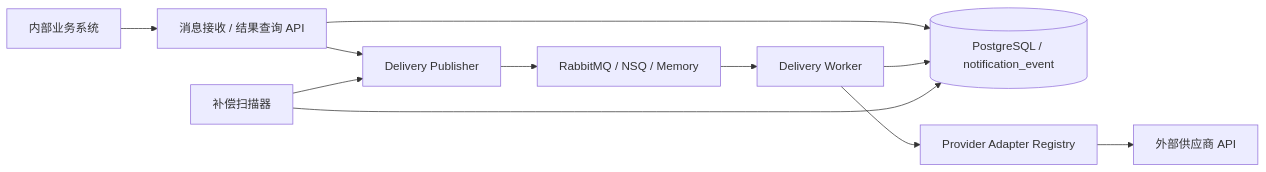
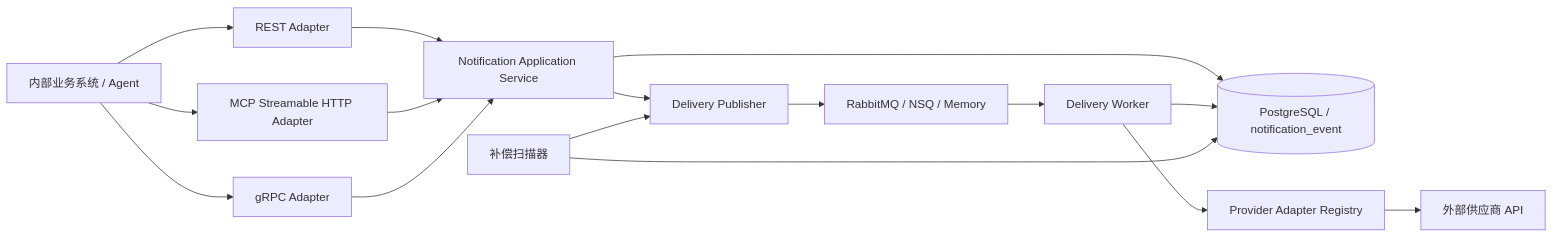
One commit to wxytjustb/rc_rokywang changed the diagram in 设计说明.md. Above: the diagram before and after it, drawn with Mermaid. The commit also changed other lines of this file and 46 other files, not shown here.

````diff
--- a/设计说明.md
+++ b/设计说明.md
@@ -5,13 +5,18 @@
 ```mermaid
 flowchart LR
-    Client["内部业务系统"] --> API["消息接收 / 结果查询 API"]
-    API --> DB[("PostgreSQL / notification_event")]
-    API --> Publisher["Delivery Publisher"]
+    Client["内部业务系统 / Agent"] --> REST["REST Adapter"]
+    Client --> MCP["MCP Streamable HTTP Adapter"]
+    Client --> GRPC["gRPC Adapter"]
+    REST --> Service["Notification Application Service"]
+    MCP --> Service
+    GRPC --> Service
+    Service --> DB[("PostgreSQL / notification_event")]
+    Service --> Publisher["Delivery Publisher"]
     Publisher --> MQ["RabbitMQ / NSQ / Memory"]
     MQ --> Worker["Delivery Worker"]
     Worker --> Registry["Provider Adapter Registry"]
     Registry --> Provider["外部供应商 API"]
     Worker --> DB
     Compensator["补偿扫描器"] --> DB
     Compensator --> Publisher
 ```
````
